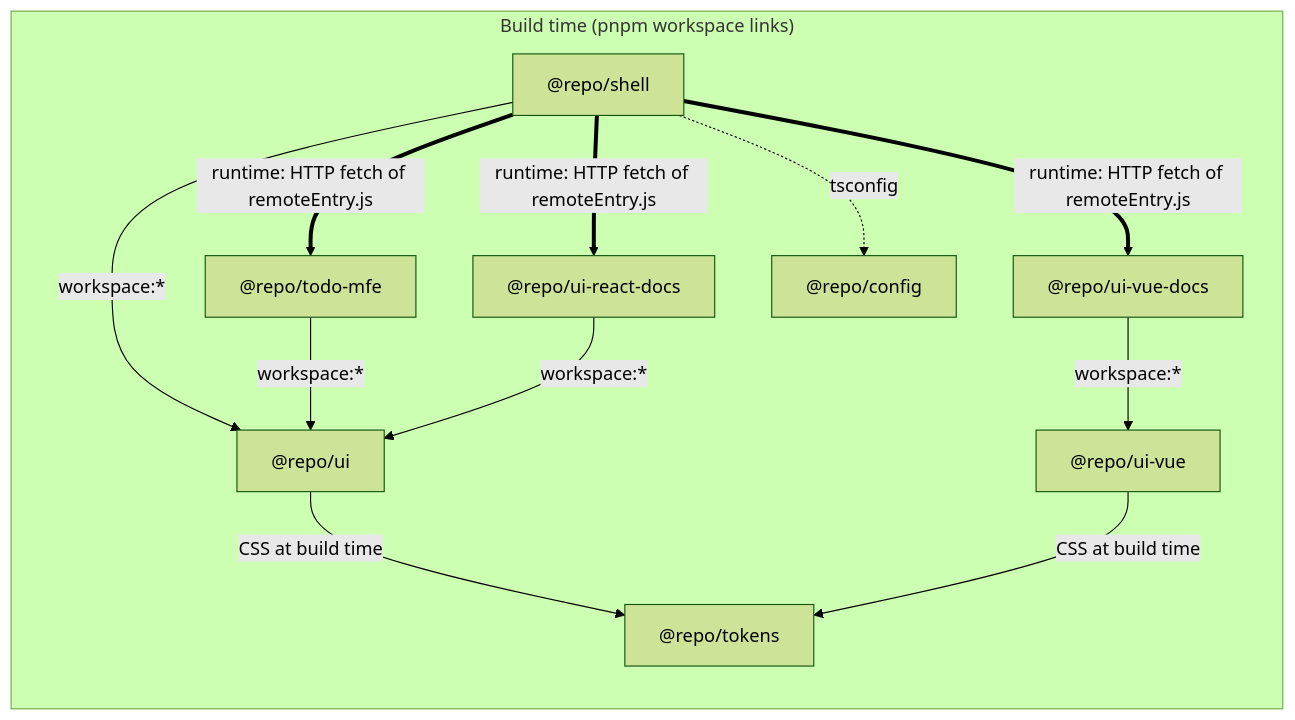
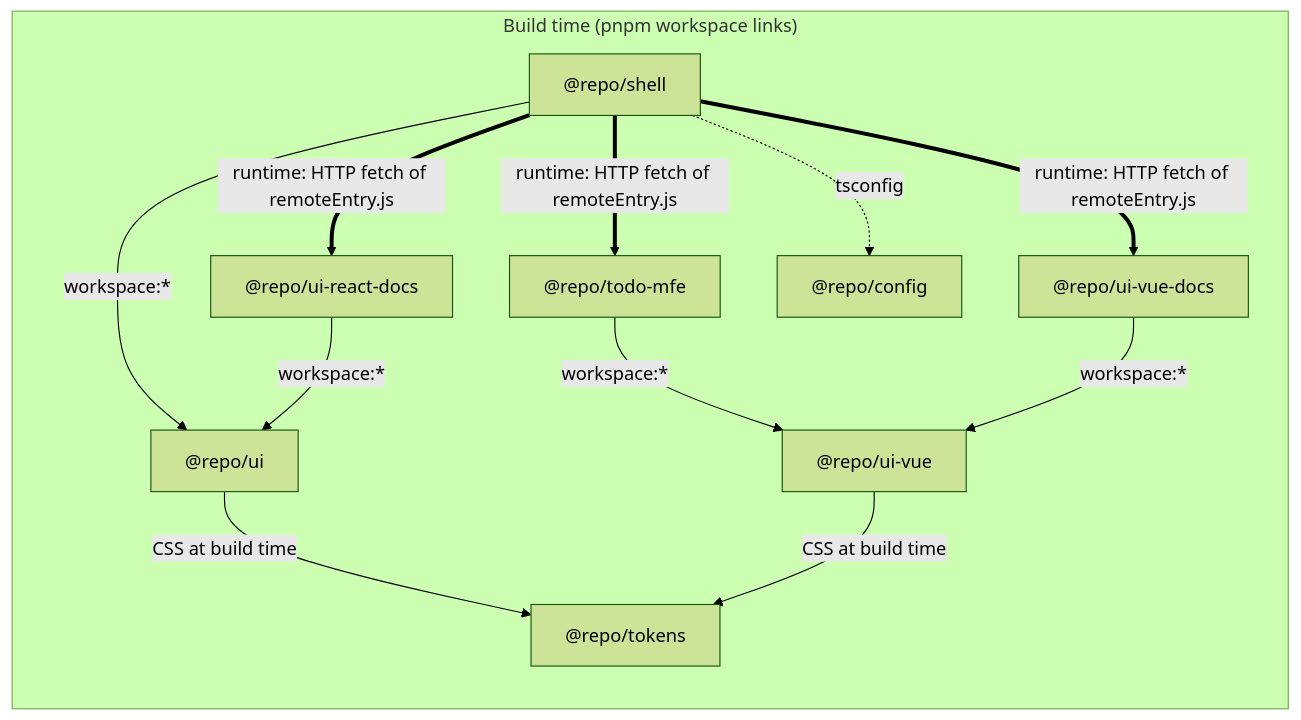
Before and after one commit to themis1986/hybrid-mfe-lab: the first of 2 diagrams in documents/how-it-works.md, drawn with Mermaid (forest theme). The commit also changed other lines of this file and 6 other files, not shown here.

First line of the commit message:
docs: todo MFE off the bridge; hooks and per-mount Pinia

````diff
--- a/documents/how-it-works.md
+++ b/documents/how-it-works.md
@@ -35,15 +35,15 @@
 ```mermaid
 graph LR
   subgraph "Build time (pnpm workspace links)"
     shell["@repo/shell"] -- "workspace:*" --> ui["@repo/ui"]
-    mfe["@repo/todo-mfe"] -- "workspace:*" --> ui
-    docs["@repo/ui-vue-docs"] -- "workspace:*" --> uivue["@repo/ui-vue"]
+    mfe["@repo/todo-mfe"] -- "workspace:*" --> uivue["@repo/ui-vue"]
+    docs["@repo/ui-vue-docs"] -- "workspace:*" --> uivue
     rdocs["@repo/ui-react-docs"] -- "workspace:*" --> ui
     ui -- "CSS at build time" --> tokens["@repo/tokens"]
     uivue -- "CSS at build time" --> tokens
     shell -. tsconfig .-> config["@repo/config"]
   end
   shell == "runtime: HTTP fetch of remoteEntry.js" ==> mfe
   shell == "runtime: HTTP fetch of remoteEntry.js" ==> docs
   shell == "runtime: HTTP fetch of remoteEntry.js" ==> rdocs
 ```
````
